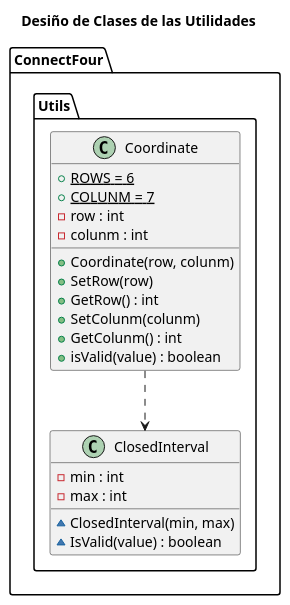
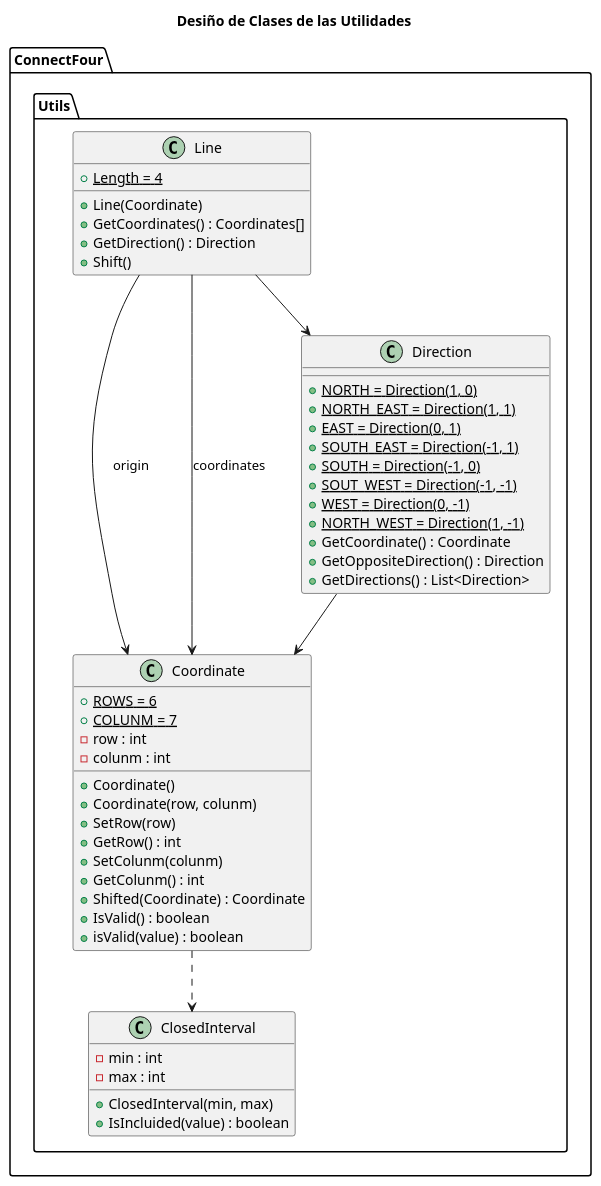
One commit to franpaulinoinfante/MasterSoftwareDevelopment changed the fifth of 5 diagrams in src/Connect4/DocumentView/Basic/Docs/ArchitectureDesing.plantuml. Above: the diagram before and after it, drawn with PlantUML. The commit also changed other lines of this file and 6 other files, not shown here.

```diff
--- a/src/Connect4/DocumentView/Basic/Docs/ArchitectureDesing.plantuml
+++ b/src/Connect4/DocumentView/Basic/Docs/ArchitectureDesing.plantuml
@@ -238,26 +272,56 @@
 @startuml UtilsDesign
 title Desiño de Clases de las Utilidades
 
 package ConnectFour.Utils{
     class Coordinate{
         +{static}ROWS = 6
         +{static}COLUNM = 7
         -row : int
         -colunm : int
+        +Coordinate()
         +Coordinate(row, colunm)
         +SetRow(row)
         +GetRow() : int
         +SetColunm(colunm) 
         +GetColunm() : int
+        +Shifted(Coordinate) : Coordinate
+        +IsValid() : boolean
         +isValid(value) : boolean
     }
     Coordinate ..> ClosedInterval
 
     class ClosedInterval{
         -min : int
         -max : int
-        ~ClosedInterval(min, max)
-        ~IsValid(value) : boolean
+        +ClosedInterval(min, max)
+        +IsIncluided(value) : boolean
     }
+
+    class Direction{
+        +{static}NORTH = Direction(1, 0)
+        +{static}NORTH_EAST = Direction(1, 1)
+        +{static}EAST = Direction(0, 1)
+        +{static}SOUTH_EAST = Direction(-1, 1)
+        +{static}SOUTH = Direction(-1, 0)
+        +{static}SOUT_WEST = Direction(-1, -1)
+        +{static}WEST = Direction(0, -1)
+        +{static}NORTH_WEST = Direction(1, -1)
+        +GetCoordinate() : Coordinate
+        +GetOppositeDirection() : Direction
+        +GetDirections() : List<Direction>
+    }
+    Direction --> Coordinate
+
+    class Line{
+        +{static}Length = 4
+        +Line(Coordinate)
+        +GetCoordinates() : Coordinates[]
+        +GetDirection() : Direction
+        +Shift()
+    }
+    Line --> Coordinate : origin
+    Line --> Coordinate : coordinates
+    Line --> Direction 
+
 }
 @enduml
```
